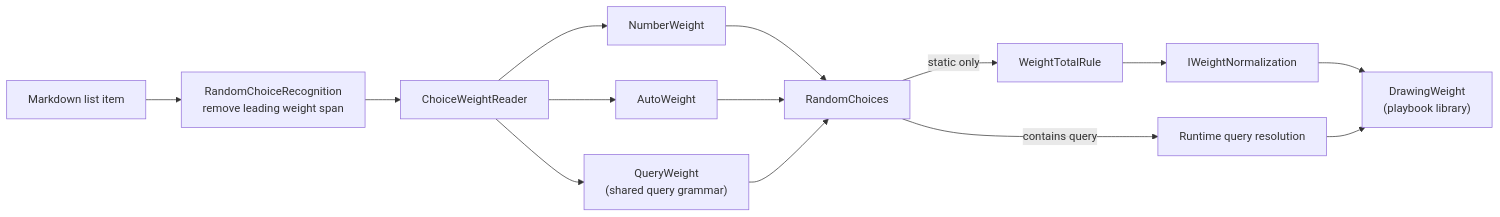
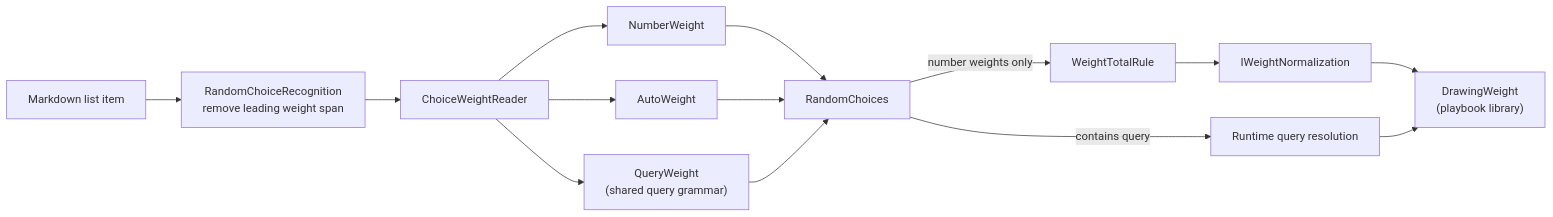
Before and after one commit to pengzhengyi/dialoguedown: the diagram in docs/contributing/design-notes/language/Random Choice.md, drawn with Mermaid. The commit also changed other lines of this file and 178 other files, not shown here.

````diff
--- a/docs/contributing/design-notes/language/Random Choice.md
+++ b/docs/contributing/design-notes/language/Random Choice.md
@@ -218,16 +218,16 @@
 ```mermaid
 flowchart LR
     LI["Markdown list item"] --> Recognize["RandomChoiceRecognition<br/>remove leading weight span"]
     Recognize --> Read["ChoiceWeightReader"]
     Read --> NW["NumberWeight"]
     Read --> AW["AutoWeight"]
     Read --> QW["QueryWeight<br/>(shared query grammar)"]
     NW --> RC["RandomChoices"]
     AW --> RC
     QW --> RC
-    RC -->|static only| Rule["WeightTotalRule"]
+    RC -->|number weights only| Rule["WeightTotalRule"]
     RC -->|contains query| Runtime["Runtime query resolution"]
     Rule --> Norm["IWeightNormalization"]
     Norm --> Drawing["DrawingWeight<br/>(playbook library)"]
     Runtime --> Drawing
 ```
````
